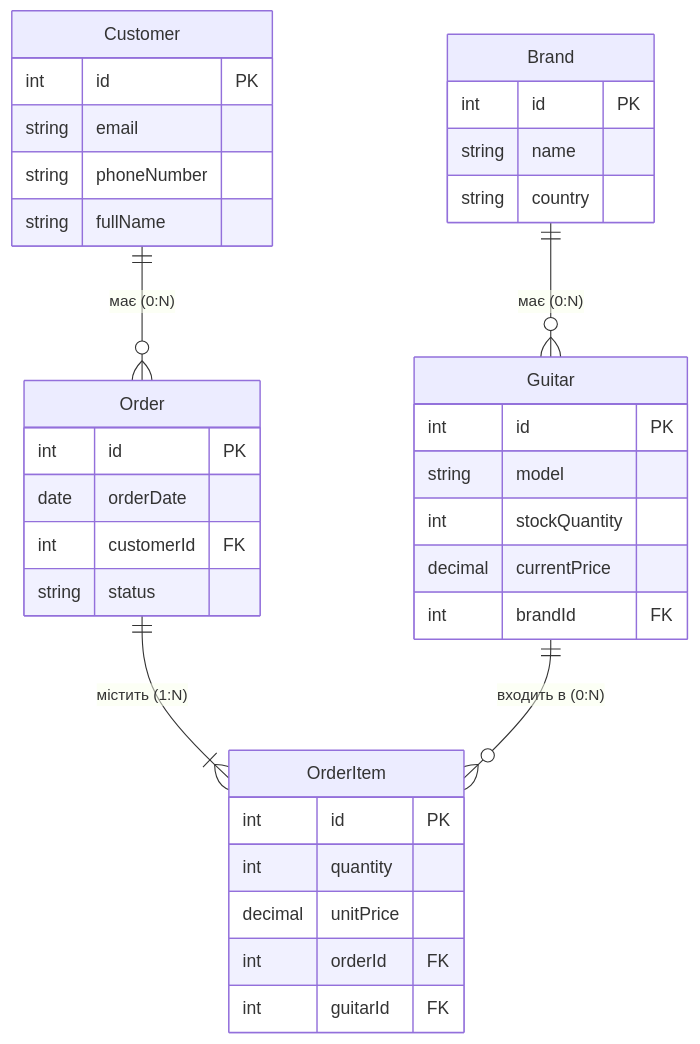
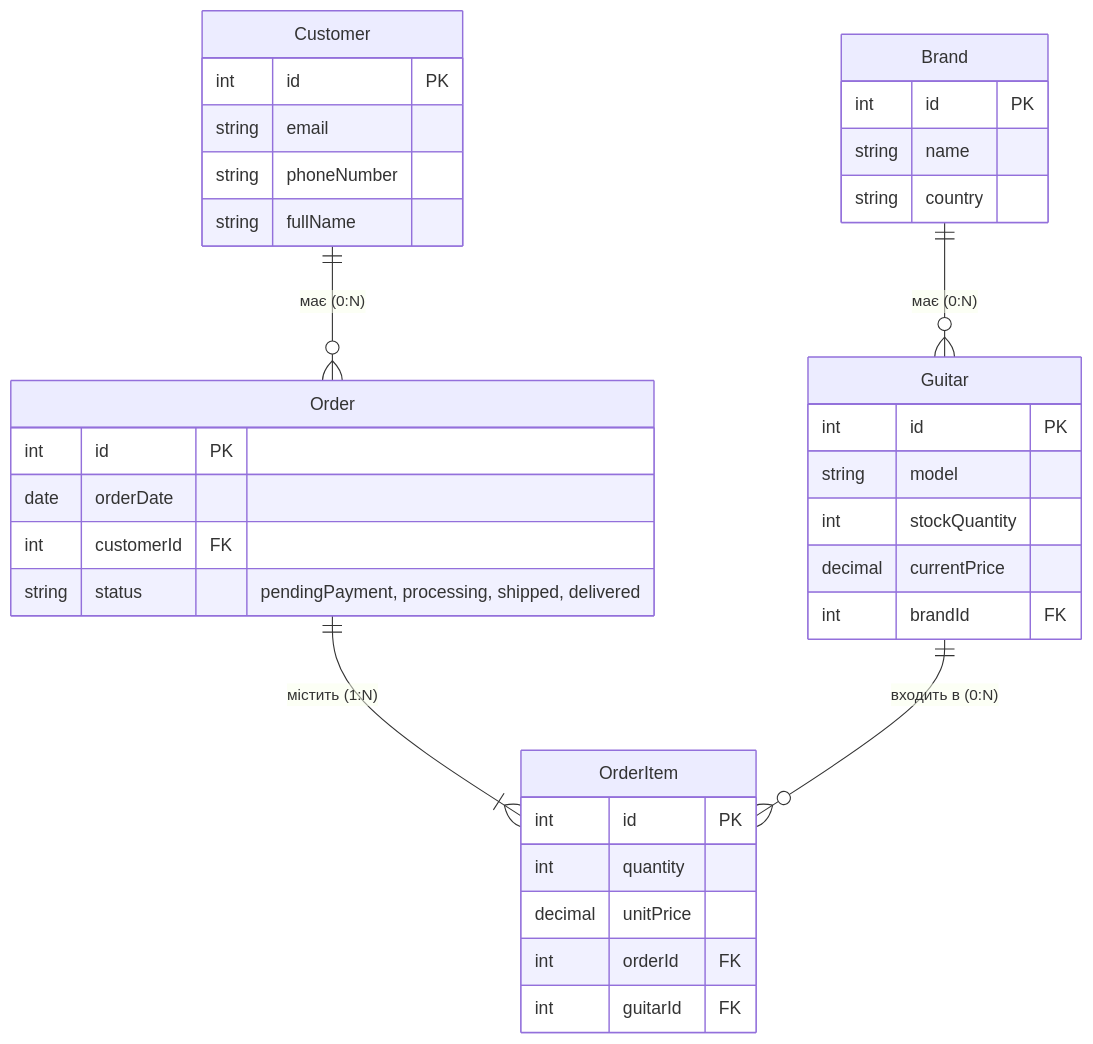
The diagram in lab1/ER-diagram.md (skhtrntyjt/KPI2), drawn with Mermaid before and after one commit.

````diff
--- a/lab1/ER-diagram.md
+++ b/lab1/ER-diagram.md
@@ -1,43 +1,43 @@
 ```mermaid
 erDiagram
     Customer {
         int id PK
         string email
         string phoneNumber
         string fullName
     }
 
     Brand {
         int id PK
         string name
         string country
     }
 
     Guitar {
         int id PK
         string model
         int stockQuantity
         decimal currentPrice
         int brandId FK
     }
 
     Order {
         int id PK
         date orderDate
         int customerId FK
-        string status
+        string status "pendingPayment, processing, shipped, delivered"
     }
 
     OrderItem {
         int id PK
         int quantity
         decimal unitPrice
         int orderId FK
         int guitarId FK
     }
 
     Customer ||--o{ Order : "має (0:N)"
     Brand ||--o{ Guitar : "має (0:N)"
     Order ||--|{ OrderItem : "містить (1:N)"
     Guitar ||--o{ OrderItem : "входить в (0:N)"
 ```
````
